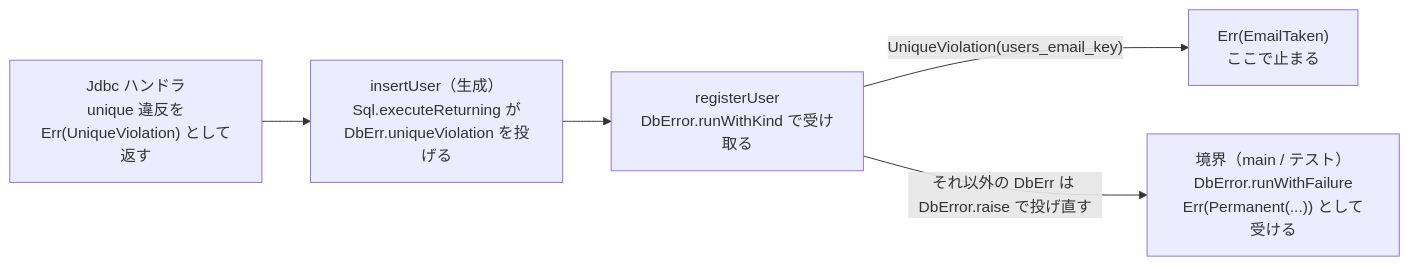
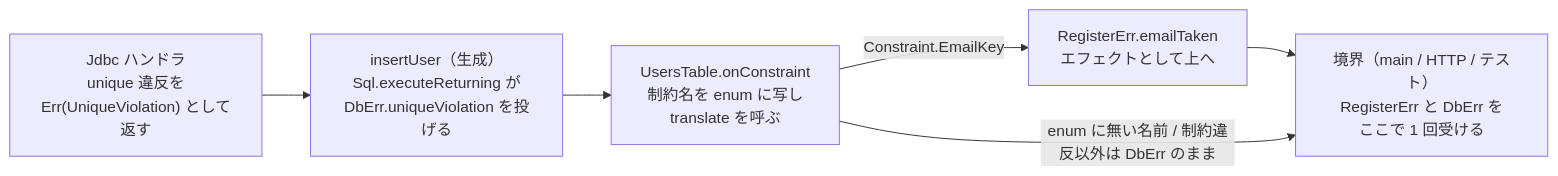
One commit to ababup1192/sqlfx changed the third of 4 diagrams in docs/article-zenn.md. Above: the diagram before and after it, drawn with Mermaid. The commit also changed other lines of this file and 31 other files, not shown here.

````diff
--- a/docs/article-zenn.md
+++ b/docs/article-zenn.md
@@ -265,11 +274,11 @@
 ```mermaid
 flowchart LR
     jdbc["Jdbc ハンドラ<br/>unique 違反を<br/>Err(UniqueViolation) として返す"]
     ins["insertUser（生成）<br/>Sql.executeReturning が<br/>DbErr.uniqueViolation を投げる"]
-    reg["registerUser<br/>DbError.runWithKind で受け取る"]
-    taken["Err(EmailTaken)<br/>ここで止まる"]
-    boundary["境界（main / テスト）<br/>DbError.runWithFailure<br/>Err(Permanent(...)) として受ける"]
+    reg["UsersTable.onConstraint<br/>制約名を enum に写し<br/>translate を呼ぶ"]
+    taken["RegisterErr.emailTaken<br/>エフェクトとして上へ"]
+    boundary["境界（main / HTTP / テスト）<br/>RegisterErr と DbErr を<br/>ここで 1 回受ける"]
     jdbc --> ins --> reg
-    reg -- "UniqueViolation(users_email_key)" --> taken
-    reg -- "それ以外の DbErr は DbError.raise で投げ直す" --> boundary
+    reg -- "Constraint.EmailKey" --> taken --> boundary
+    reg -- "enum に無い名前 / 制約違反以外は DbErr のまま" --> boundary
 ```
````
